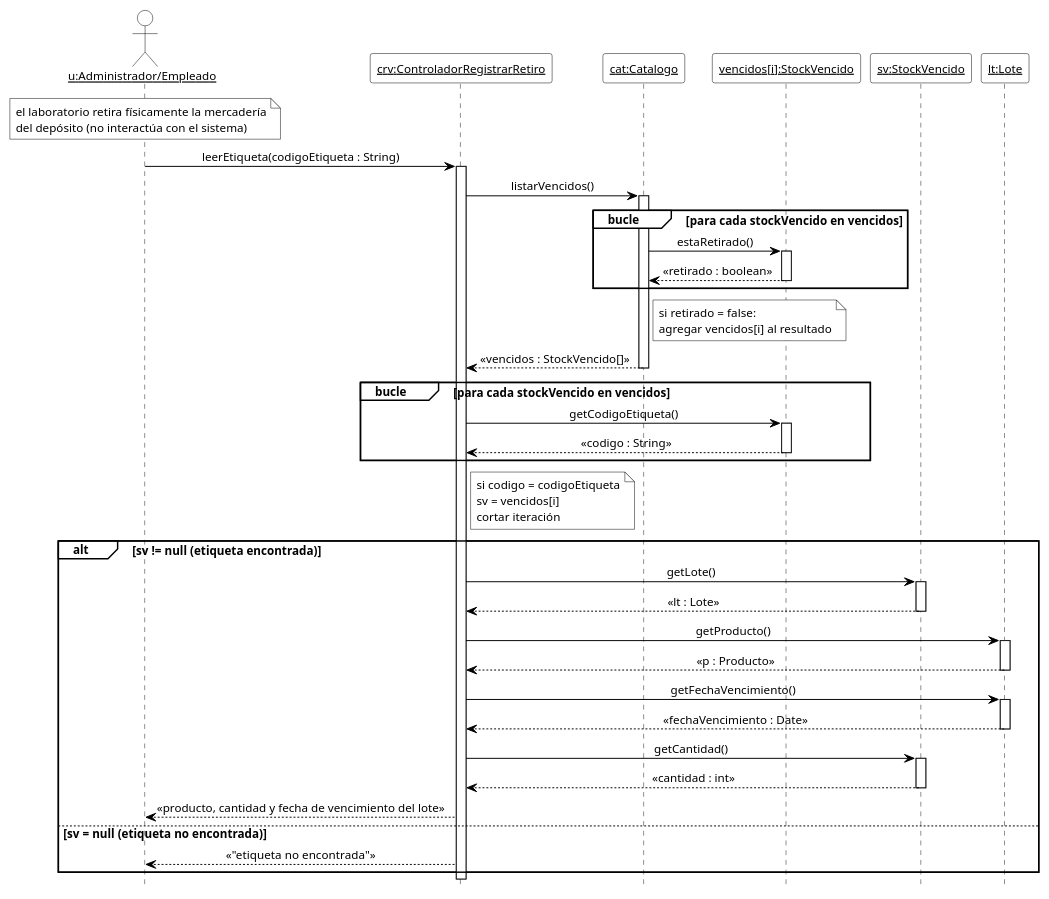
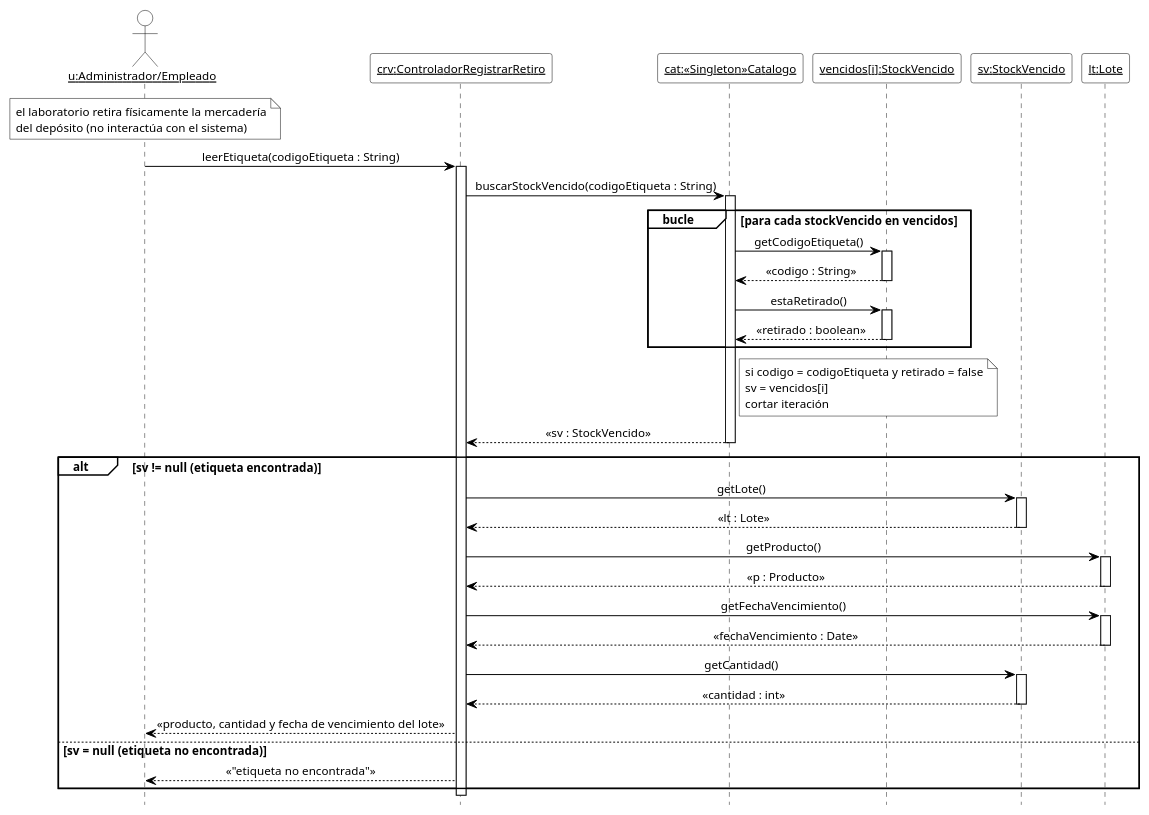
Before and after one commit to cirotop/Stock-Project: diagram 14 of 17 in 08-Diagrama De Secuencia/Diagramas_de_Secuencia.md, drawn with PlantUML. The commit also changed other lines of this file and 36 other files, not shown here.

````diff
--- a/08-Diagrama De Secuencia/Diagramas_de_Secuencia.md
+++ b/08-Diagrama De Secuencia/Diagramas_de_Secuencia.md
@@ -830,64 +998,63 @@
 ```plantuml
 @startuml DSD_CU-07_leerEtiqueta
 ' Diagrama de Secuencia de Diseño (DSD) - CU-07 Registrar retiro de mercadería vencida - leerEtiqueta
 ' Estilo de los ejemplos de la teoría (introducirArticulo / crearNuevaVenta).
 hide footbox
 skinparam shadowing false
 skinparam defaultFontName Arial
 skinparam defaultFontSize 12
 skinparam sequenceMessageAlign center
 skinparam ArrowColor black
 skinparam ParticipantBackgroundColor white
 skinparam ParticipantBorderColor black
+skinparam CollectionsBackgroundColor white
+skinparam CollectionsBorderColor black
 skinparam ActorBackgroundColor white
 skinparam ActorBorderColor black
 skinparam LifeLineBorderColor black
 skinparam LifeLineBackgroundColor white
 skinparam SequenceGroupBackgroundColor white
 skinparam SequenceGroupBorderColor black
 skinparam SequenceGroupHeaderFontColor black
 skinparam NoteBackgroundColor white
 skinparam NoteBorderColor black
 
 actor "<u>u:Administrador/Empleado</u>" as u
 participant "<u>crv:ControladorRegistrarRetiro</u>" as crv
-participant "<u>cat:Catalogo</u>" as cat
+participant "<u>cat:«Singleton»Catalogo</u>" as cat
 participant "<u>vencidos[i]:StockVencido</u>" as vi
 participant "<u>sv:StockVencido</u>" as sv
 participant "<u>lt:Lote</u>" as lt
 
 note over u : el laboratorio retira físicamente la mercadería\ndel depósito (no interactúa con el sistema)
 u -> crv ++ : leerEtiqueta(codigoEtiqueta : String)
-crv -> cat ++ : listarVencidos()
+crv -> cat ++ : buscarStockVencido(codigoEtiqueta : String)
 group bucle [para cada stockVencido en vencidos]
+  cat -> vi ++ : getCodigoEtiqueta()
+  vi --> cat -- : «codigo : String»
   cat -> vi ++ : estaRetirado()
   vi --> cat -- : «retirado : boolean»
 end
-note right of cat : si retirado = false:\nagregar vencidos[i] al resultado
-cat --> crv -- : «vencidos : StockVencido[]»
-group bucle [para cada stockVencido en vencidos]
-  crv -> vi ++ : getCodigoEtiqueta()
-  vi --> crv -- : «codigo : String»
-end
-note right of crv
-  si codigo = codigoEtiqueta
+note right of cat
+  si codigo = codigoEtiqueta y retirado = false
   sv = vencidos[i]
   cortar iteración
 end note
+cat --> crv -- : «sv : StockVencido»
 alt sv != null (etiqueta encontrada)
   crv -> sv ++ : getLote()
   sv --> crv -- : «lt : Lote»
   crv -> lt ++ : getProducto()
   lt --> crv -- : «p : Producto»
   crv -> lt ++ : getFechaVencimiento()
   lt --> crv -- : «fechaVencimiento : Date»
   crv -> sv ++ : getCantidad()
   sv --> crv -- : «cantidad : int»
   crv --> u : «producto, cantidad y fecha de vencimiento del lote»
 else sv = null (etiqueta no encontrada)
   crv --> u : «"etiqueta no encontrada"»
 end
 deactivate crv
 
 @enduml
 ```
````
